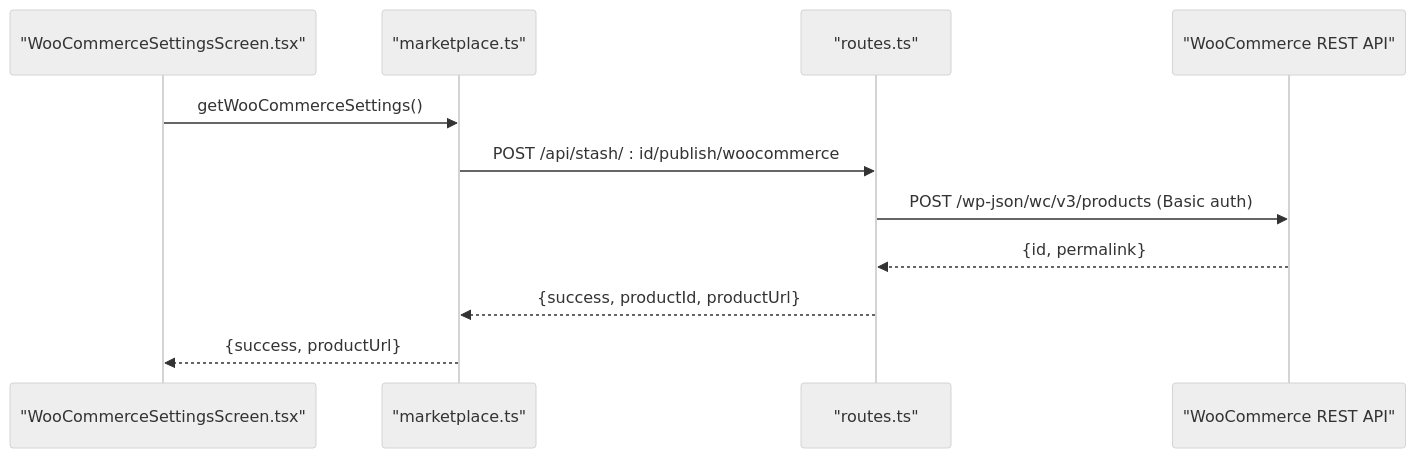
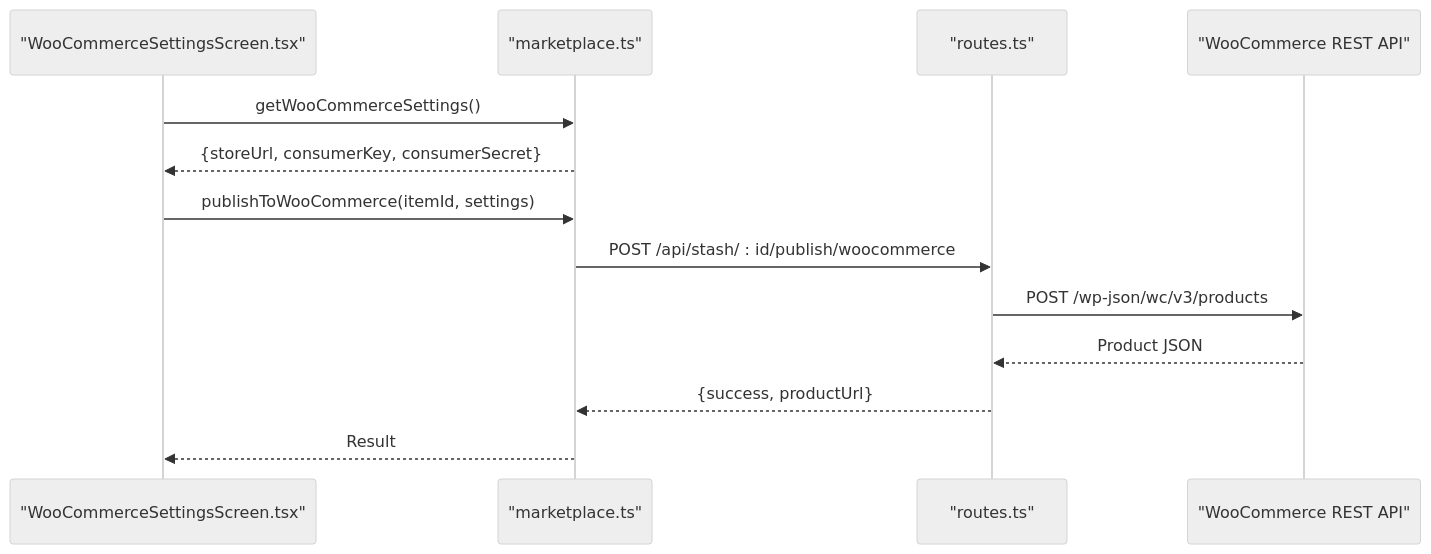
The fourth of 6 diagrams in .qoder/repowiki/en/content/Marketplace Integration/Marketplace Integration.md (hunglevi87/Hidden-Gem), drawn with Mermaid (neutral theme) before and after one commit. The commit also changed other lines of this file and 99 other files, not shown here.

````diff
--- a/.qoder/repowiki/en/content/Marketplace Integration/Marketplace Integration.md
+++ b/.qoder/repowiki/en/content/Marketplace Integration/Marketplace Integration.md
@@ -184,13 +201,15 @@
 ```mermaid
 sequenceDiagram
 participant UI as "WooCommerceSettingsScreen.tsx"
-participant Client as "marketplace.ts"
-participant Server as "routes.ts"
+participant CL as "marketplace.ts"
+participant SV as "routes.ts"
 participant WC as "WooCommerce REST API"
-UI->>Client : getWooCommerceSettings()
-Client->>Server : POST /api/stash/ : id/publish/woocommerce
-Server->>WC : POST /wp-json/wc/v3/products (Basic auth)
-WC-->>Server : {id, permalink}
-Server-->>Client : {success, productId, productUrl}
-Client-->>UI : {success, productUrl}
+UI->>CL : getWooCommerceSettings()
+CL-->>UI : {storeUrl, consumerKey, consumerSecret}
+UI->>CL : publishToWooCommerce(itemId, settings)
+CL->>SV : POST /api/stash/ : id/publish/woocommerce
+SV->>WC : POST /wp-json/wc/v3/products
+WC-->>SV : Product JSON
+SV-->>CL : {success, productUrl}
+CL-->>UI : Result
 ```
````
